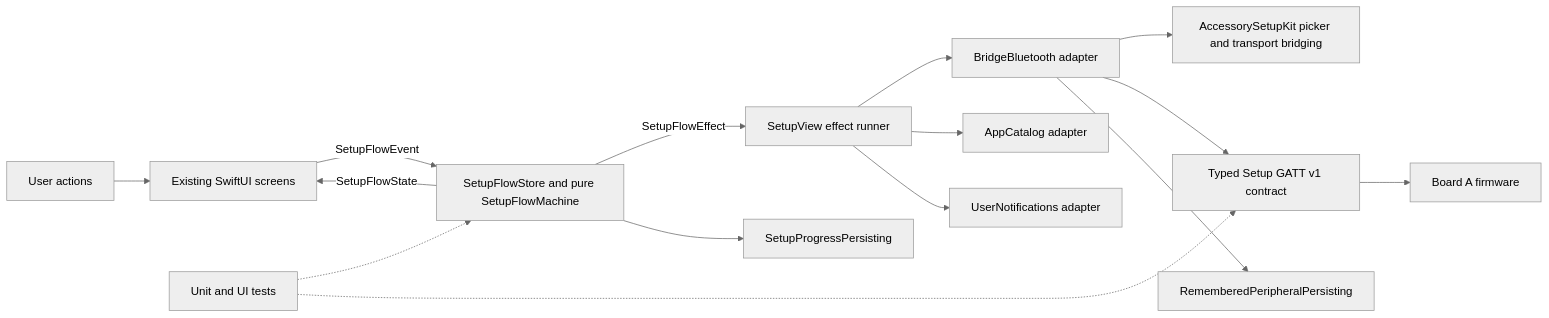
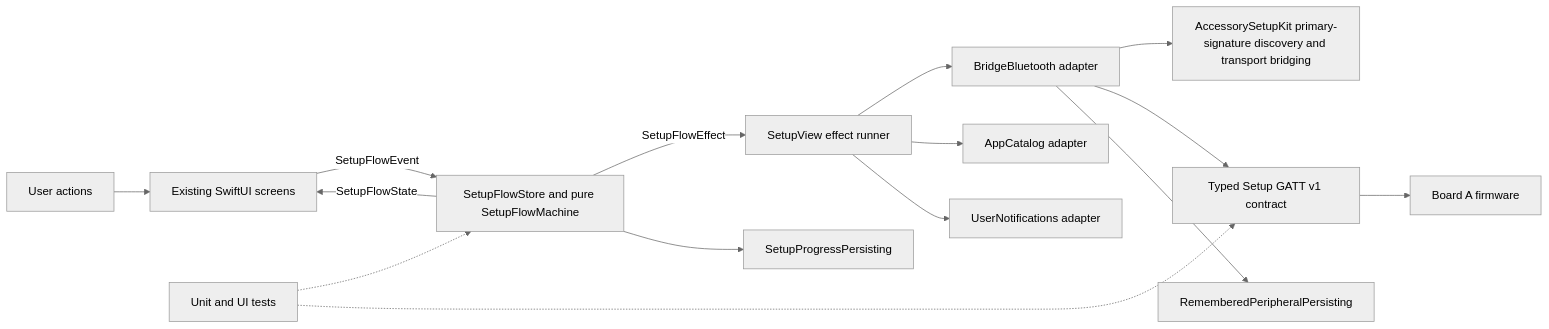
Before and after one commit to thomasgregg/DashBridge: the first of 2 diagrams in ios/ARCHITECTURE.md, drawn with Mermaid (neutral theme). The commit also changed other lines of this file and 19 other files, not shown here.

Commit message:
Fix reliable iPhone accessory discovery

````diff
--- a/ios/ARCHITECTURE.md
+++ b/ios/ARCHITECTURE.md
@@ -21,21 +21,21 @@
 ```mermaid
 flowchart LR
     User[User actions] --> Views[Existing SwiftUI screens]
     Views -->|SetupFlowEvent| Flow[SetupFlowStore and pure SetupFlowMachine]
     Flow -->|SetupFlowState| Views
     Flow -->|SetupFlowEffect| Shell[SetupView effect runner]
 
     Shell --> BLE[BridgeBluetooth adapter]
-    BLE --> ASK[AccessorySetupKit picker and transport bridging]
+    BLE --> ASK[AccessorySetupKit primary-signature discovery and transport bridging]
     Shell --> Apps[AppCatalog adapter]
     Shell --> Notify[UserNotifications adapter]
 
     BLE --> Contract[Typed Setup GATT v1 contract]
     Contract --> BoardA[Board A firmware]
 
     Flow --> Progress[SetupProgressPersisting]
     BLE --> Peripheral[RememberedPeripheralPersisting]
 
     Tests[Unit and UI tests] -.-> Flow
     Tests -.-> Contract
 ```
````
